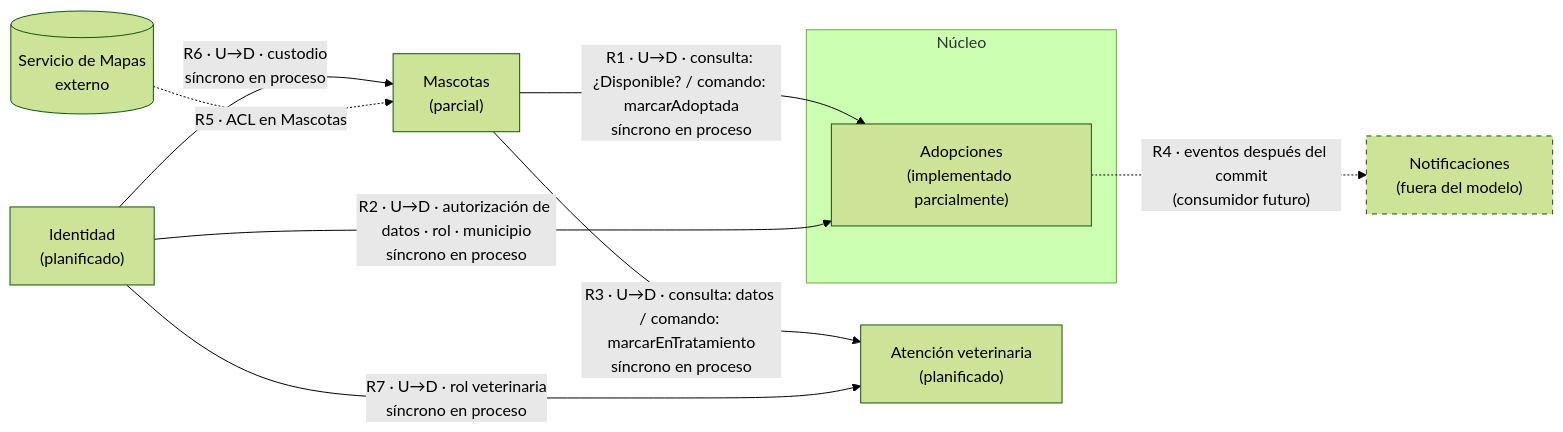
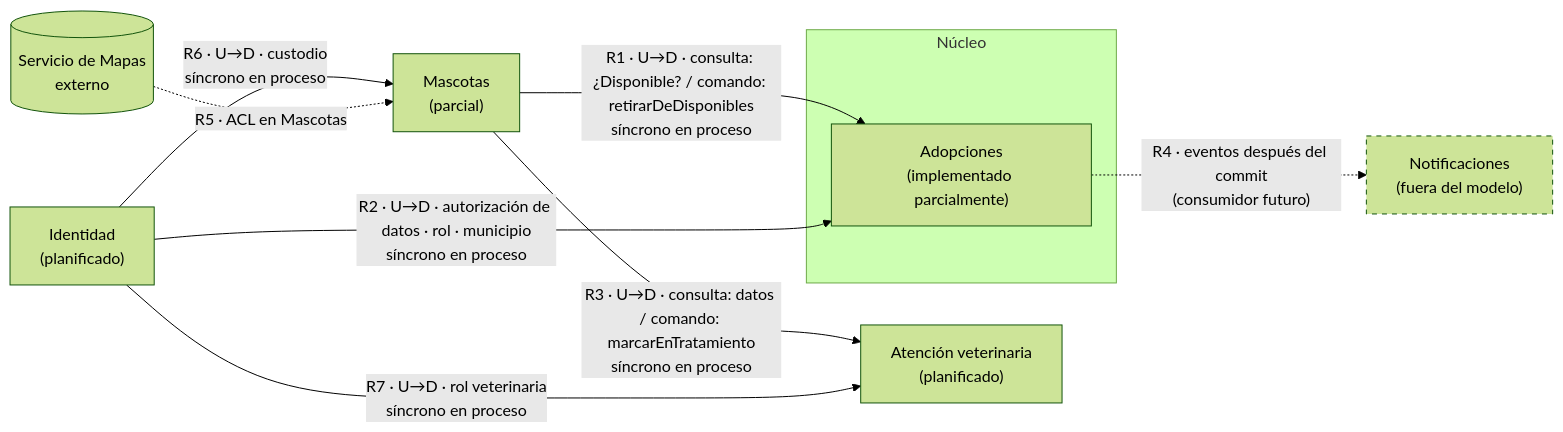
The diagram in docs/dominio/responsabilidades-contextos.md (Charry21/PatitasUrbanas), drawn with Mermaid (forest theme) before and after one commit. The commit also changed other lines of this file and 4 other files, not shown here.

````diff
--- a/docs/dominio/responsabilidades-contextos.md
+++ b/docs/dominio/responsabilidades-contextos.md
@@ -128,21 +128,21 @@
 ```mermaid
 flowchart LR
   subgraph CORE["Núcleo"]
     ADO["Adopciones<br/>(implementado parcialmente)"]
   end
   MAS["Mascotas<br/>(parcial)"]
   VET["Atención veterinaria<br/>(planificado)"]
   IDE["Identidad<br/>(planificado)"]
   NOT["Notificaciones<br/>(fuera del modelo)"]
   MAPS[("Servicio de Mapas<br/>externo")]
 
-  MAS -- "R1 · U→D · consulta: ¿Disponible? / comando: marcarAdoptada<br/>síncrono en proceso" --> ADO
+  MAS -- "R1 · U→D · consulta: ¿Disponible? / comando: retirarDeDisponibles<br/>síncrono en proceso" --> ADO
   IDE -- "R2 · U→D · autorización de datos · rol · municipio<br/>síncrono en proceso" --> ADO
   MAS -- "R3 · U→D · consulta: datos / comando: marcarEnTratamiento<br/>síncrono en proceso" --> VET
   IDE -- "R6 · U→D · custodio<br/>síncrono en proceso" --> MAS
   IDE -- "R7 · U→D · rol veterinaria<br/>síncrono en proceso" --> VET
   ADO -. "R4 · eventos después del commit<br/>(consumidor futuro)" .-> NOT
   MAPS -. "R5 · ACL en Mascotas" .-> MAS
 
   style NOT stroke-dasharray: 5 5
 ```
````
